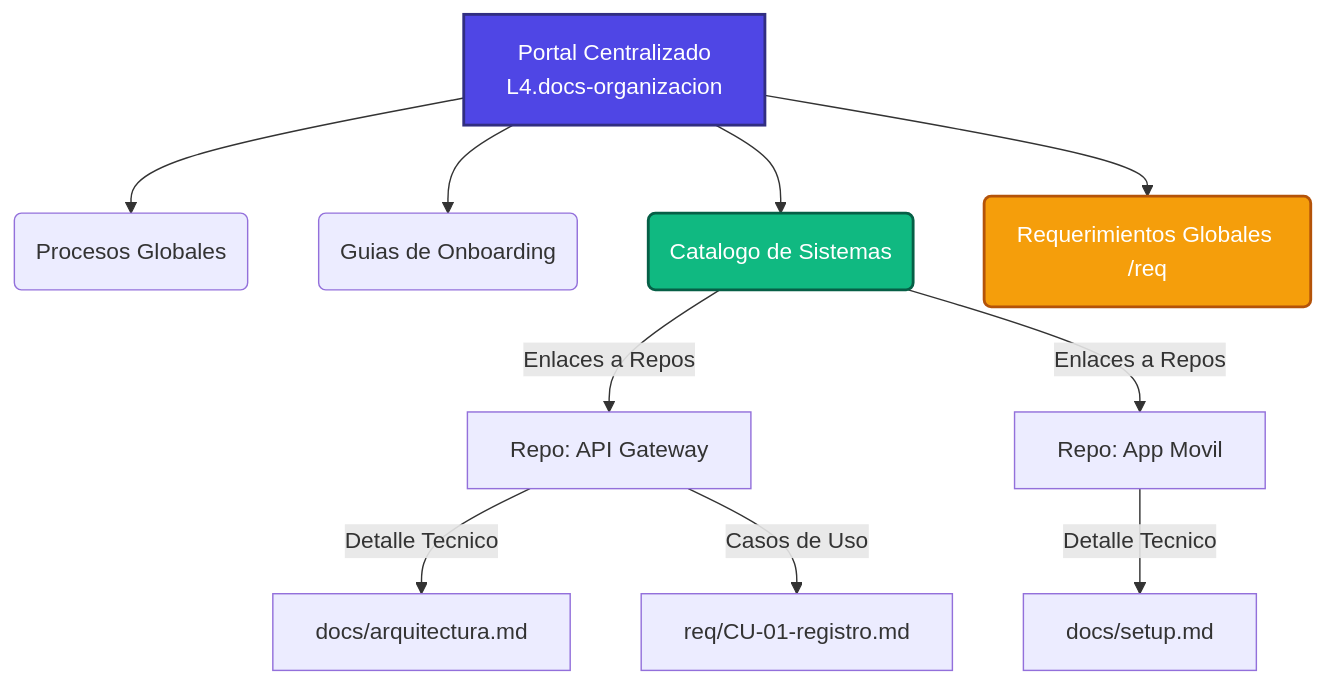
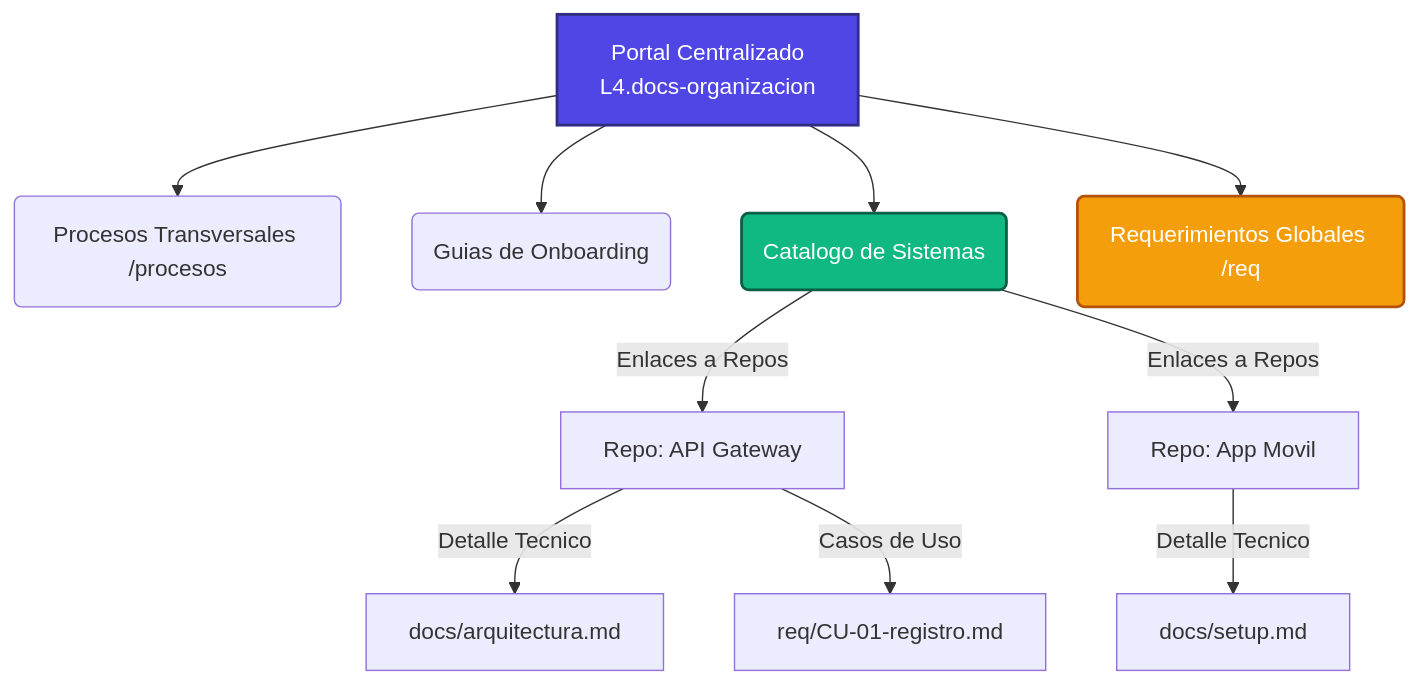
Before and after one commit to L4CR/L4.Land4.Docs: the diagram in index.md, drawn with Mermaid. The commit also changed other lines of this file and 12 other files, not shown here.

````diff
--- a/index.md
+++ b/index.md
@@ -19,19 +19,19 @@
 ```mermaid
 graph TD
-    A[Portal Centralizado <br> L4.docs-organizacion] --> B(Procesos Globales)
+    A[Portal Centralizado <br> L4.docs-organizacion] --> P(Procesos Transversales /procesos)
     A --> C(Guias de Onboarding)
     A --> D(Catalogo de Sistemas)
     A --> K(Requerimientos Globales /req)
-    
+
     D -->|Enlaces a Repos| E[Repo: API Gateway]
     D -->|Enlaces a Repos| F[Repo: App Movil]
-    
+
     E -->|Detalle Tecnico| H[docs/arquitectura.md]
     E -->|Casos de Uso| L[req/CU-01-registro.md]
-    
+
     F -->|Detalle Tecnico| I[docs/setup.md]
-    
+
     style A fill:#4F46E5,stroke:#312E81,stroke-width:2px,color:#fff
     style D fill:#10B981,stroke:#065F46,stroke-width:2px,color:#fff
     style K fill:#F59E0B,stroke:#B45309,stroke-width:2px,color:#fff
 ```
````
